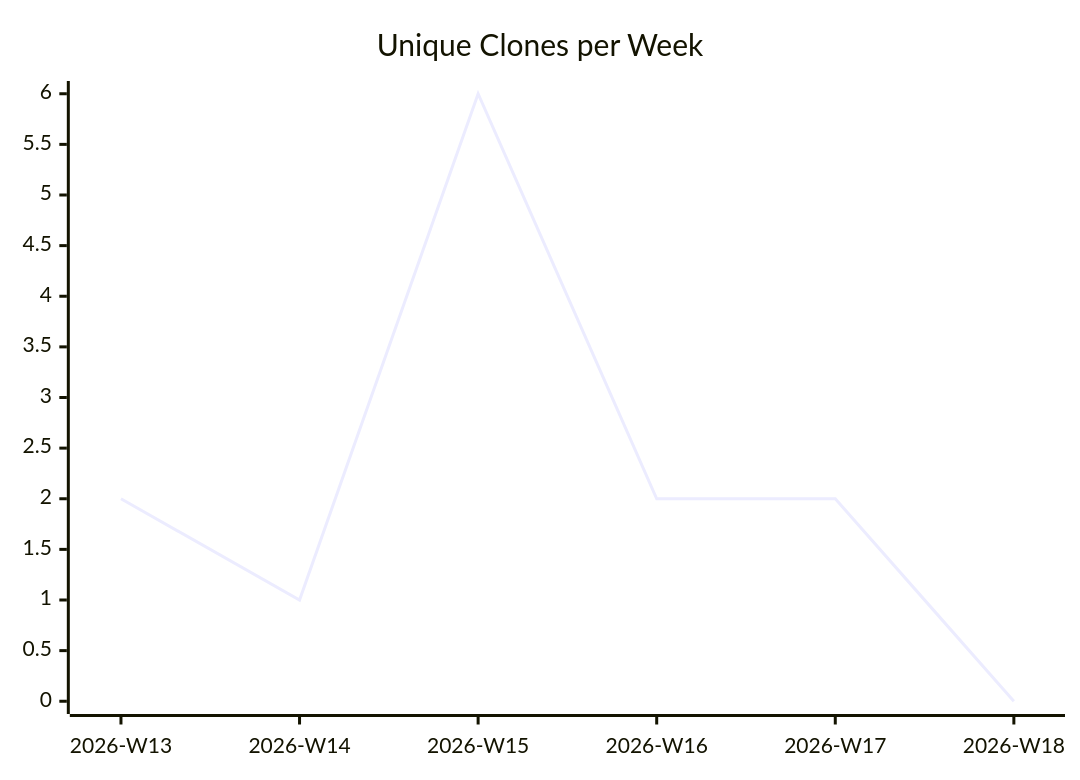
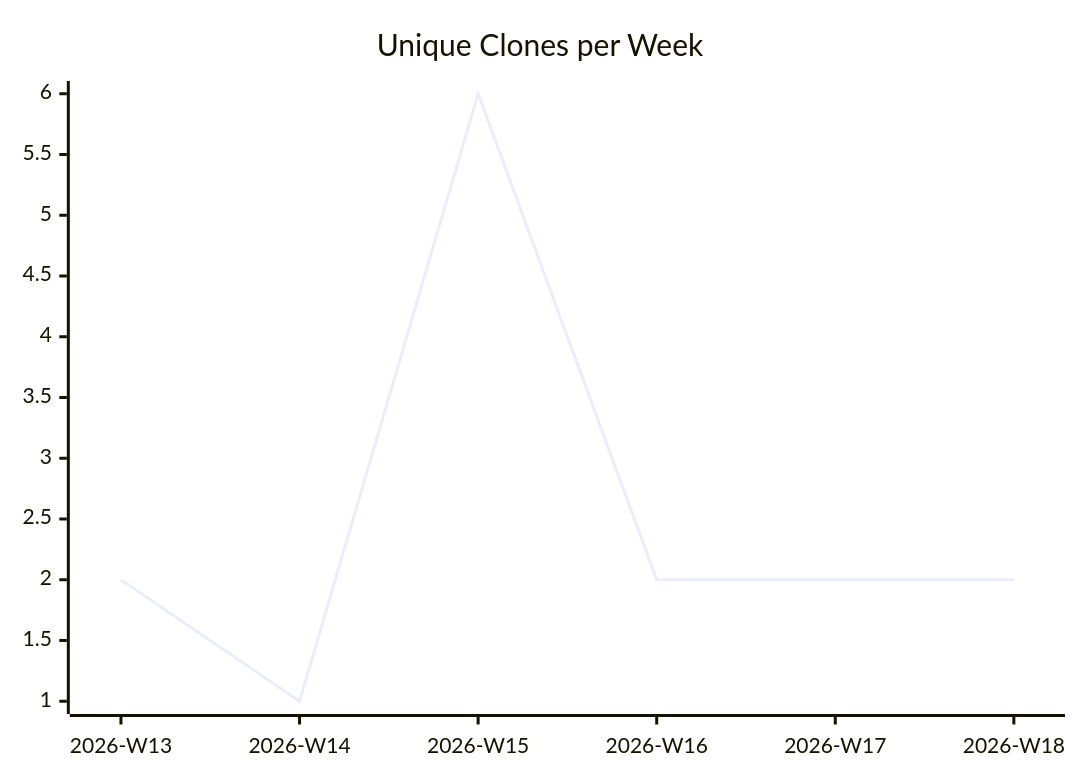
The third of 3 diagrams in karlmdavis/m2e-core/README.md (justdavis-family/github-analytics-data), drawn with Mermaid before and after one commit. The commit also changed other lines of this file and 184 other files, not shown here.

````diff
--- a/karlmdavis/m2e-core/README.md
+++ b/karlmdavis/m2e-core/README.md
@@ -19,6 +19,6 @@
 ```mermaid
 xychart-beta
   title "Unique Clones per Week"
   x-axis ["2026-W13", "2026-W14", "2026-W15", "2026-W16", "2026-W17", "2026-W18"]
-  line [2, 1, 6, 2, 2, 0]
+  line [2, 1, 6, 2, 2, 2]
 ```
````
